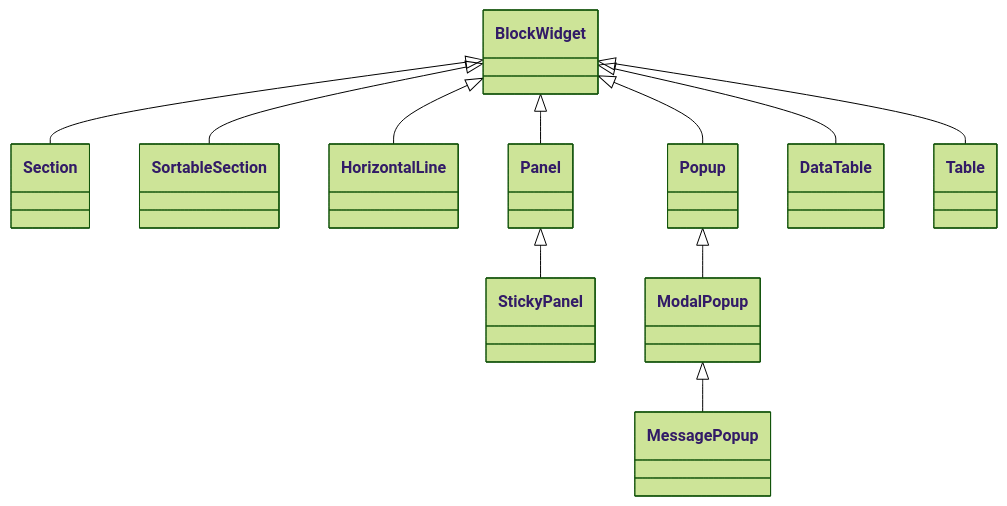
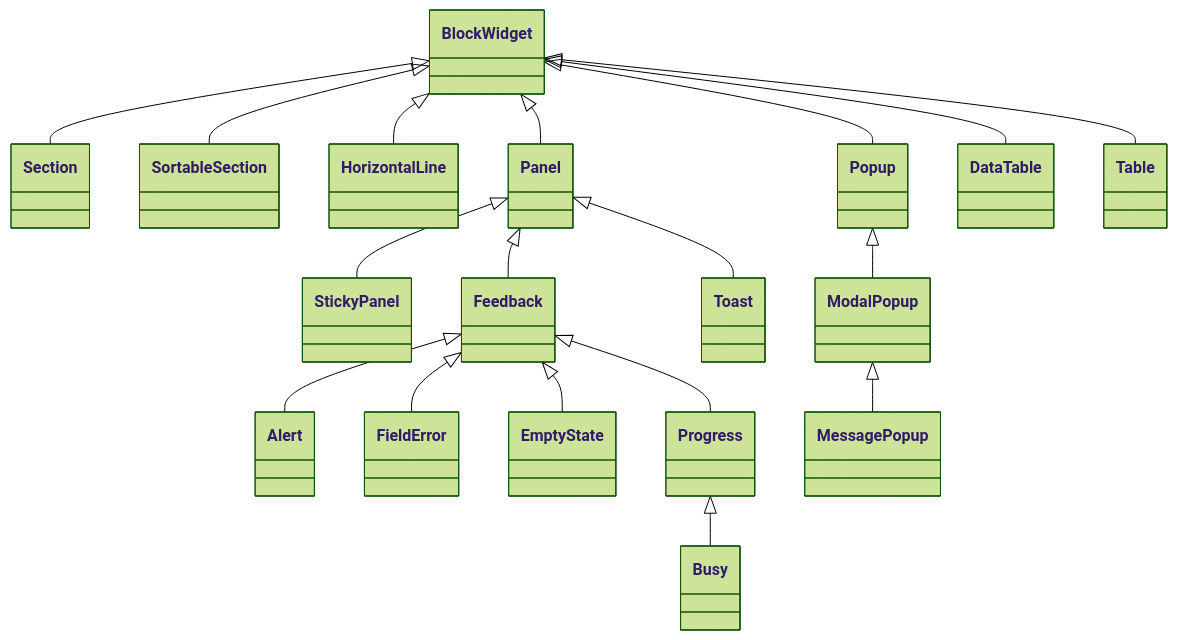
The second of 6 diagrams in docs/WIDGETS.md (kniazkov/widgets), drawn with Mermaid (forest theme) before and after one commit. The commit also changed other lines of this file and 30 other files, not shown here.

Commit message:
Add accessible feedback, progress and bounded toast widgets (R24)

````diff
--- a/docs/WIDGETS.md
+++ b/docs/WIDGETS.md
@@ -39,14 +39,21 @@
 ```mermaid
 classDiagram
     direction TB
     BlockWidget <|-- Section
     BlockWidget <|-- SortableSection
     BlockWidget <|-- HorizontalLine
     BlockWidget <|-- Panel
     Panel <|-- StickyPanel
+    Panel <|-- Feedback
+    Panel <|-- Toast
+    Feedback <|-- Alert
+    Feedback <|-- FieldError
+    Feedback <|-- EmptyState
+    Feedback <|-- Progress
+    Progress <|-- Busy
     BlockWidget <|-- Popup
     Popup <|-- ModalPopup
     ModalPopup <|-- MessagePopup
     BlockWidget <|-- DataTable
     BlockWidget <|-- Table
 ```
````
